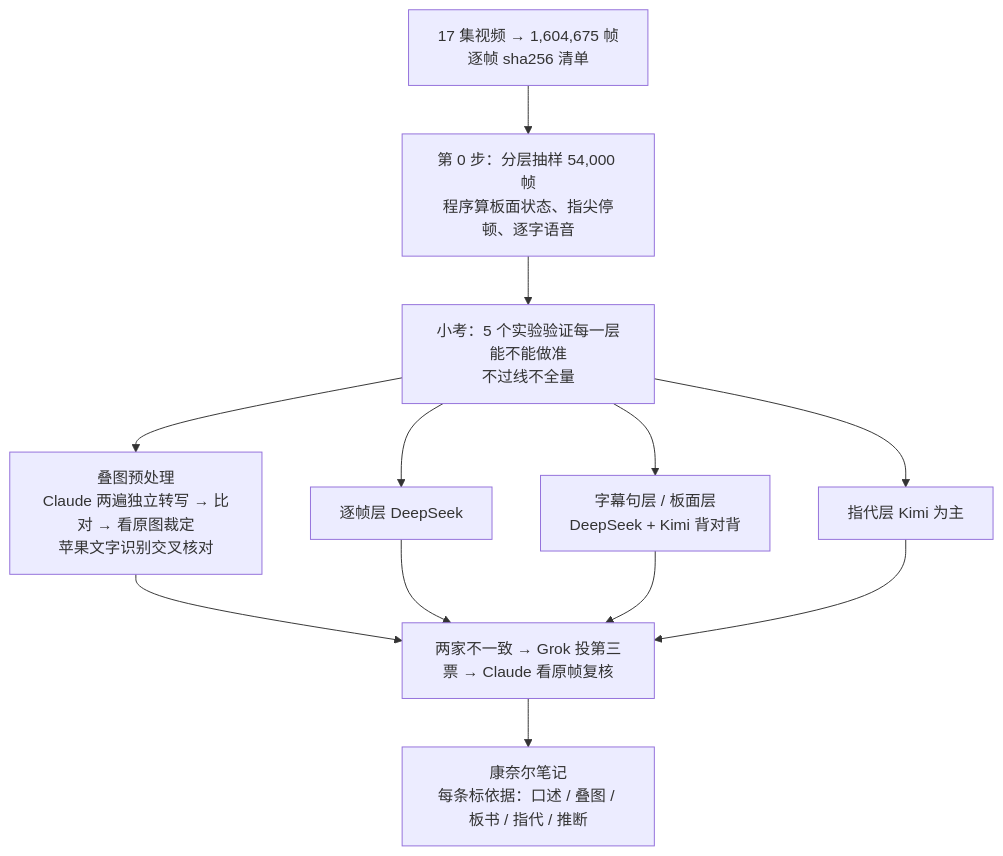
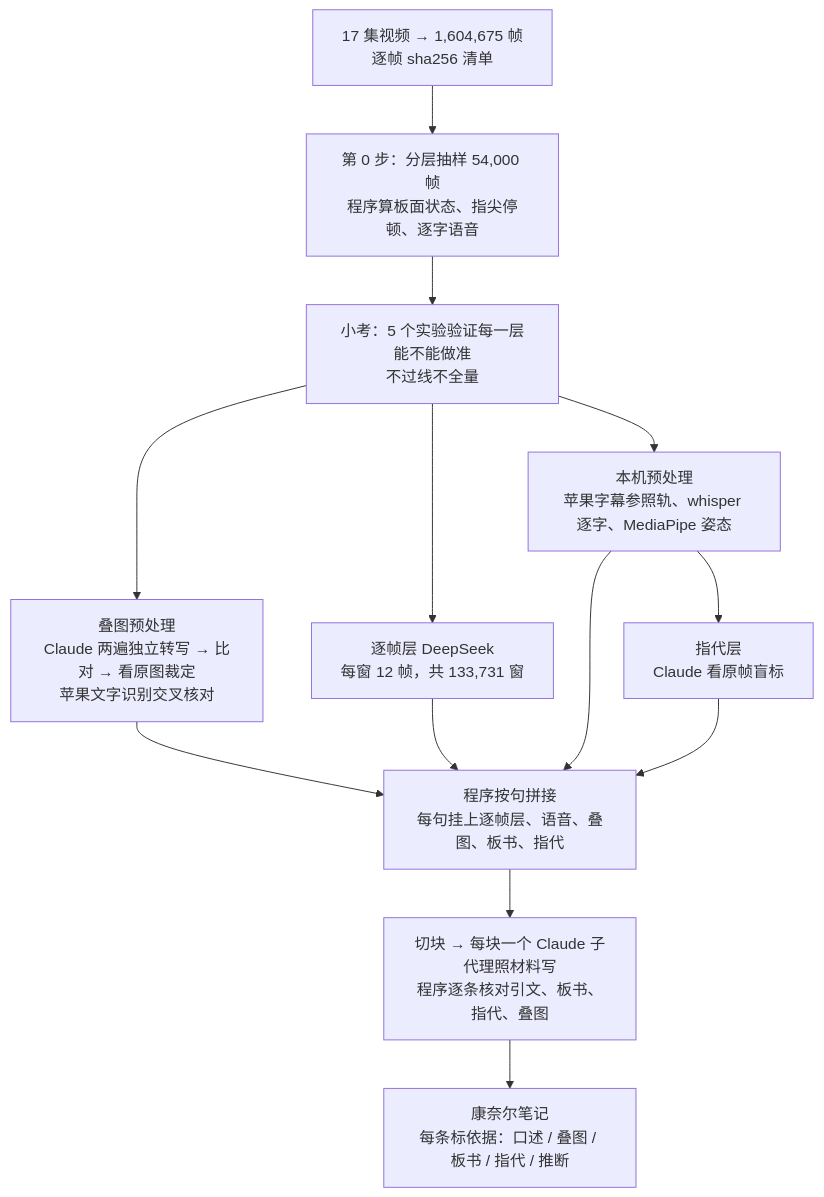
One commit to Renhuai123/ziwei-doushu changed the diagram in README.md. Above: the diagram before and after it, drawn with Mermaid. The commit also changed other lines of this file and 26 other files, not shown here.

First line of the commit message:
本轮更新（2026-11-12）：全量 17 集进展、片源上限、修首图 404 与文档露的数字；补全量脚本与提示词

````diff
--- a/README.md
+++ b/README.md
@@ -26,14 +41,15 @@
 ```mermaid
 flowchart TD
   A[17 集视频 → 1,604,675 帧<br/>逐帧 sha256 清单] --> B[第 0 步：分层抽样 54,000 帧<br/>程序算板面状态、指尖停顿、逐字语音]
   B --> C[小考：5 个实验验证每一层能不能做准<br/>不过线不全量]
   C --> D[叠图预处理<br/>Claude 两遍独立转写 → 比对 → 看原图裁定<br/>苹果文字识别交叉核对]
-  C --> E[逐帧层 DeepSeek]
-  C --> F[字幕句层 / 板面层<br/>DeepSeek + Kimi 背对背]
-  C --> G[指代层 Kimi 为主]
-  D --> H[两家不一致 → Grok 投第三票 → Claude 看原帧复核]
+  C --> E[逐帧层 DeepSeek<br/>每窗 12 帧，共 133,731 窗]
+  C --> F[本机预处理<br/>苹果字幕参照轨、whisper 逐字、MediaPipe 姿态]
+  F --> G[指代层<br/>Claude 看原帧盲标]
+  D --> H[程序按句拼接<br/>每句挂上逐帧层、语音、叠图、板书、指代]
   E --> H
   F --> H
   G --> H
-  H --> I[康奈尔笔记<br/>每条标依据：口述 / 叠图 / 板书 / 指代 / 推断]
+  H --> I[切块 → 每块一个 Claude 子代理照材料写<br/>程序逐条核对引文、板书、指代、叠图]
+  I --> J[康奈尔笔记<br/>每条标依据：口述 / 叠图 / 板书 / 指代 / 推断]
 ```
````
